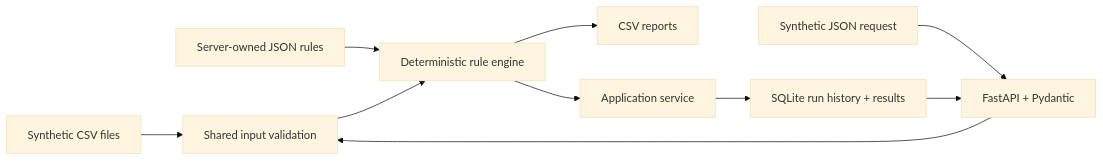
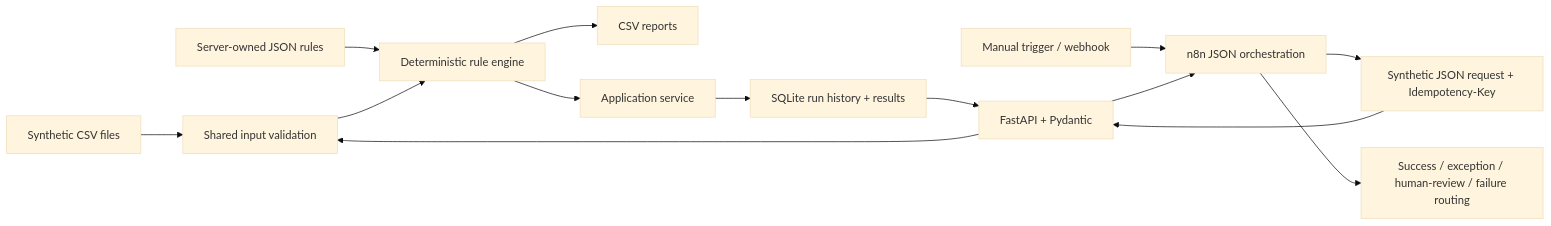
One commit to giovannimounir96/behavioral-health-documentation-validator changed the first of 2 diagrams in README.md. Above: the diagram before and after it, drawn with Mermaid (base theme). The commit also changed other lines of this file and 14 other files, not shown here.

````diff
--- a/README.md
+++ b/README.md
@@ -33,10 +34,14 @@
 ```mermaid
 flowchart LR
     A["Synthetic CSV files"] --> C["Shared input validation"]
-    B["Synthetic JSON request"] --> API["FastAPI + Pydantic"] --> C
+    T["Manual trigger / webhook"] --> N["n8n JSON orchestration"]
+    N --> B["Synthetic JSON request + Idempotency-Key"]
+    B --> API["FastAPI + Pydantic"] --> C
     D["Server-owned JSON rules"] --> E["Deterministic rule engine"]
     C --> E
     E --> F["CSV reports"]
     E --> S["Application service"] --> DB["SQLite run history + results"]
     DB --> API
+    API --> N
+    N --> R["Success / exception / human-review / failure routing"]
 ```
````
